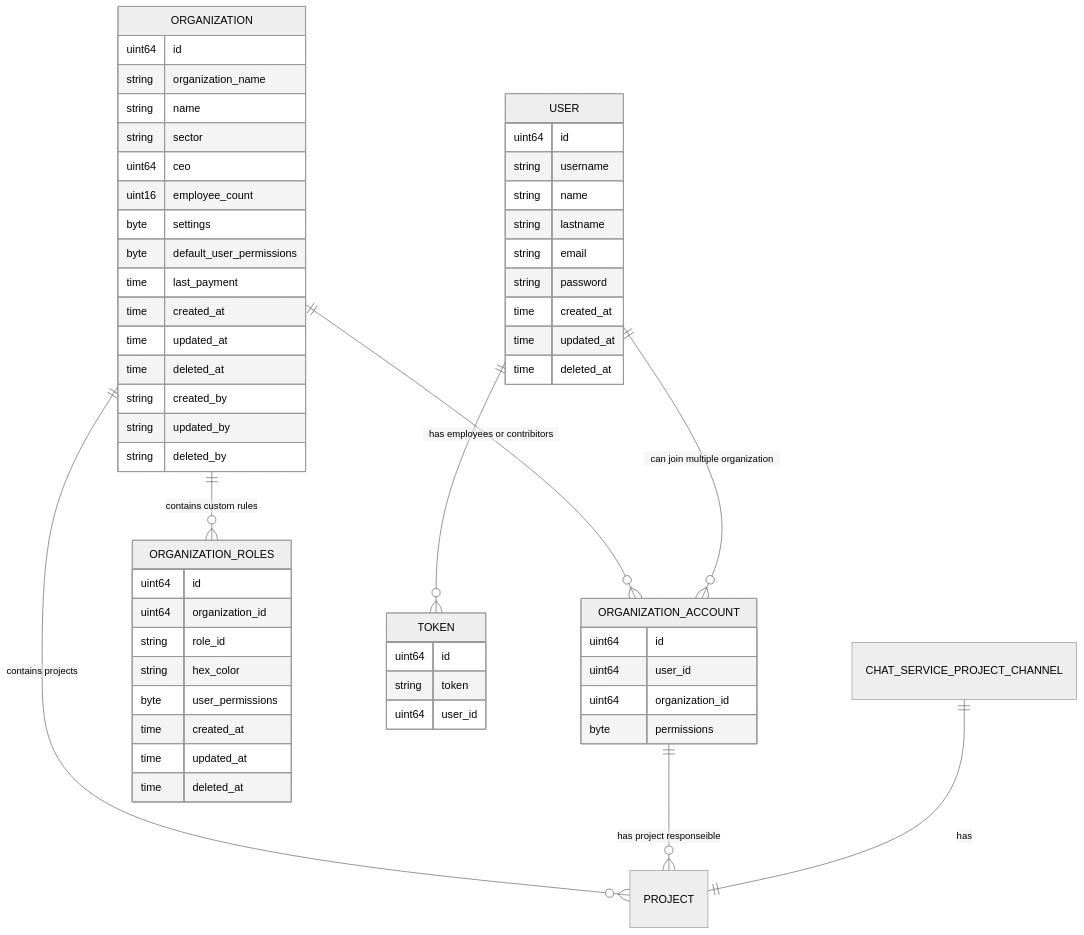
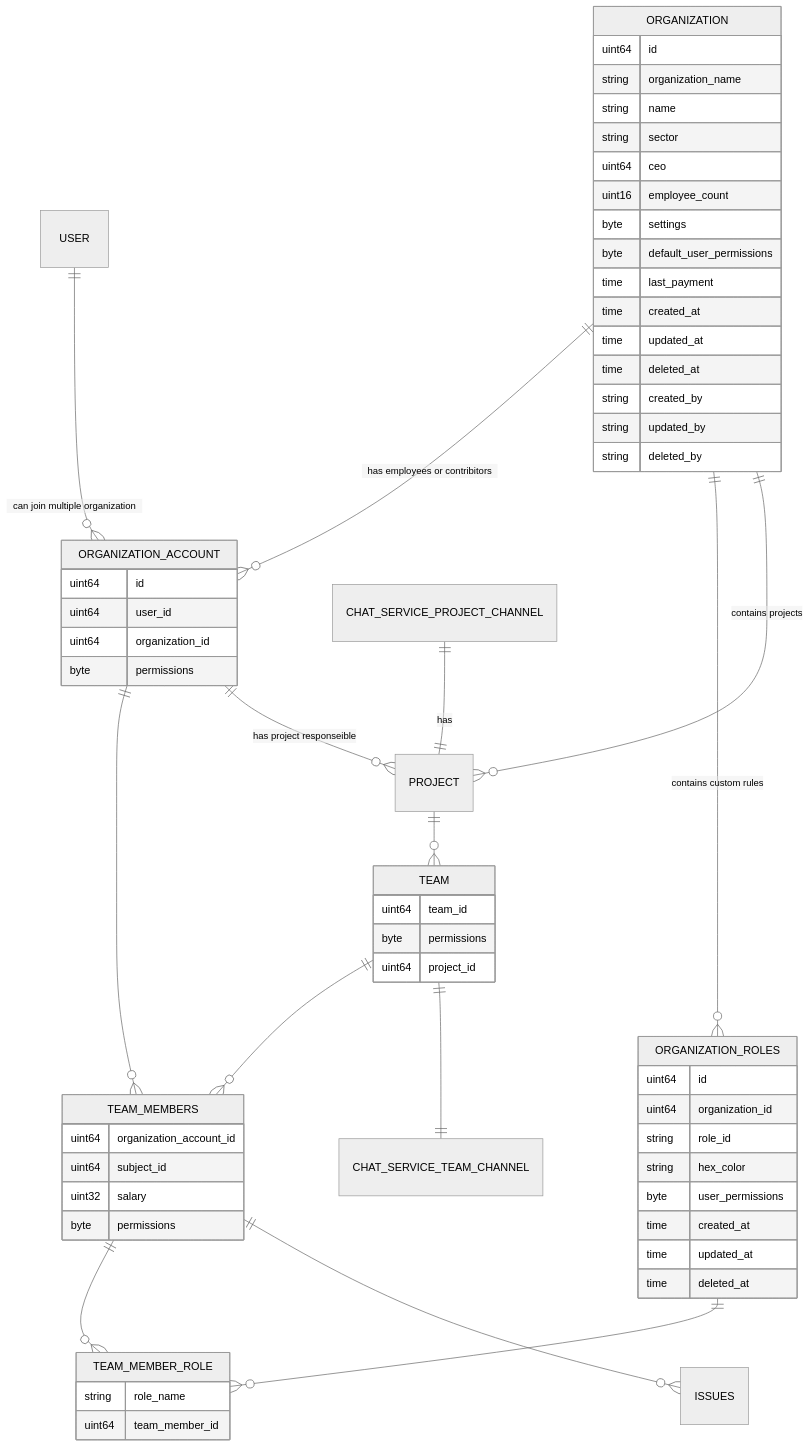
One commit to DEONSKY/ProjectManagementAppDoc changed the second of 3 diagrams in README.md. Above: the diagram before and after it, drawn with Mermaid (neutral theme). The commit also changed other lines of this file, not shown here.

````diff
--- a/README.md
+++ b/README.md
@@ -24,63 +52,74 @@
 ```mermaid
-erDiagram  
- ORGANIZATION  ||--o{  ORGANIZATION_ACCOUNT  : "has employees or contribitors"  
+erDiagram 
+ORGANIZATION_ACCOUNT 
+
+ORGANIZATION_ACCOUNT ||--o{ TEAM_MEMBERS  : ""
+TEAM ||--o{ TEAM_MEMBERS : ""
+
+TEAM_MEMBERS {
+uint64 organization_account_id
+uint64 subject_id
+uint32 salary
+byte permissions
+}
+
+TEAM {
+uint64 team_id
+byte permissions
+uint64 project_id
+}
+
+PROJECT ||--o{ TEAM : ""
+TEAM ||--|| CHAT_SERVICE_TEAM_CHANNEL: ""
+
+TEAM_MEMBER_ROLE {
+string role_name
+uint64 team_member_id
+}
+
+TEAM_MEMBERS ||--o{ TEAM_MEMBER_ROLE : ""
+TEAM_MEMBERS ||--o{ ISSUES : ""
+
+ORGANIZATION_ROLES ||--o{ TEAM_MEMBER_ROLE : ""
+ORGANIZATION  ||--o{  ORGANIZATION_ACCOUNT  : "has employees or contribitors"  
  ORGANIZATION  {  
  uint64 id
  string organization_name  
  string name 
  string sector  
  uint64 ceo
  uint16 employee_count
  byte settings
  byte default_user_permissions
  time last_payment
  time created_at
  time updated_at
  time deleted_at
  string created_by
  string updated_by
  string deleted_by
  
  }  
   ORGANIZATION ||--o{  ORGANIZATION_ROLES  : "contains custom rules" 
 ORGANIZATION_ROLES {
 uint64 id
 uint64 organization_id
 string role_id
 string hex_color
 byte user_permissions
 time created_at
 time updated_at
 time deleted_at
 
 }
  ORGANIZATION_ACCOUNT  {  
  uint64 id
  uint64 user_id  
  uint64 organization_id  
  byte permissions
  }  
- TOKEN {
- uint64 id
- string token
- uint64 user_id
- } 
- USER ||--o{ TOKEN : "" 
- USER ||--o{  ORGANIZATION_ACCOUNT  : "can join multiple organization" 
- USER {  
- uint64 id 
- string username
- string name
- string lastname
- string email
- string password
- time created_at
- time updated_at
- time deleted_at
- }
  ORGANIZATION ||--o{  PROJECT  : "contains projects"  
  ORGANIZATION_ACCOUNT ||--o{  PROJECT  : "has project responseible"  
-
+ USER ||--o{  ORGANIZATION_ACCOUNT  : "can join multiple organization" 
  CHAT_SERVICE_PROJECT_CHANNEL ||--||  PROJECT  : "has" 
- 
 ```
````
